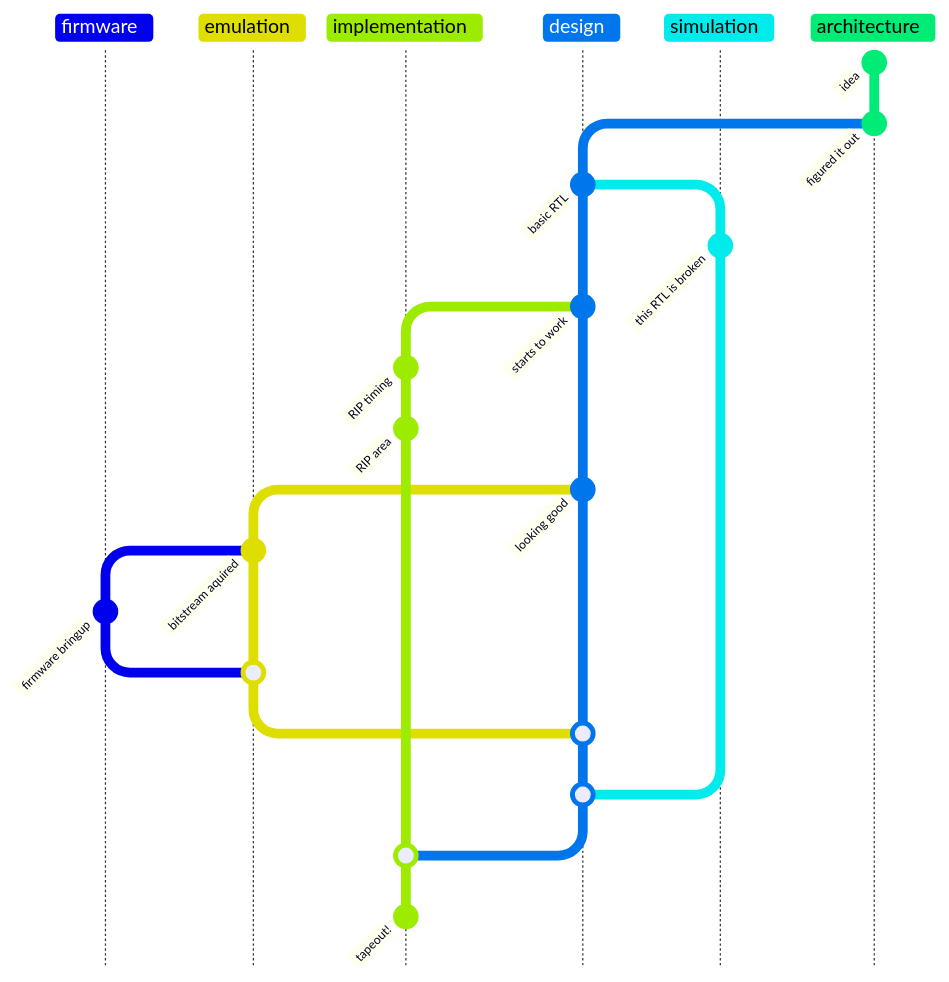
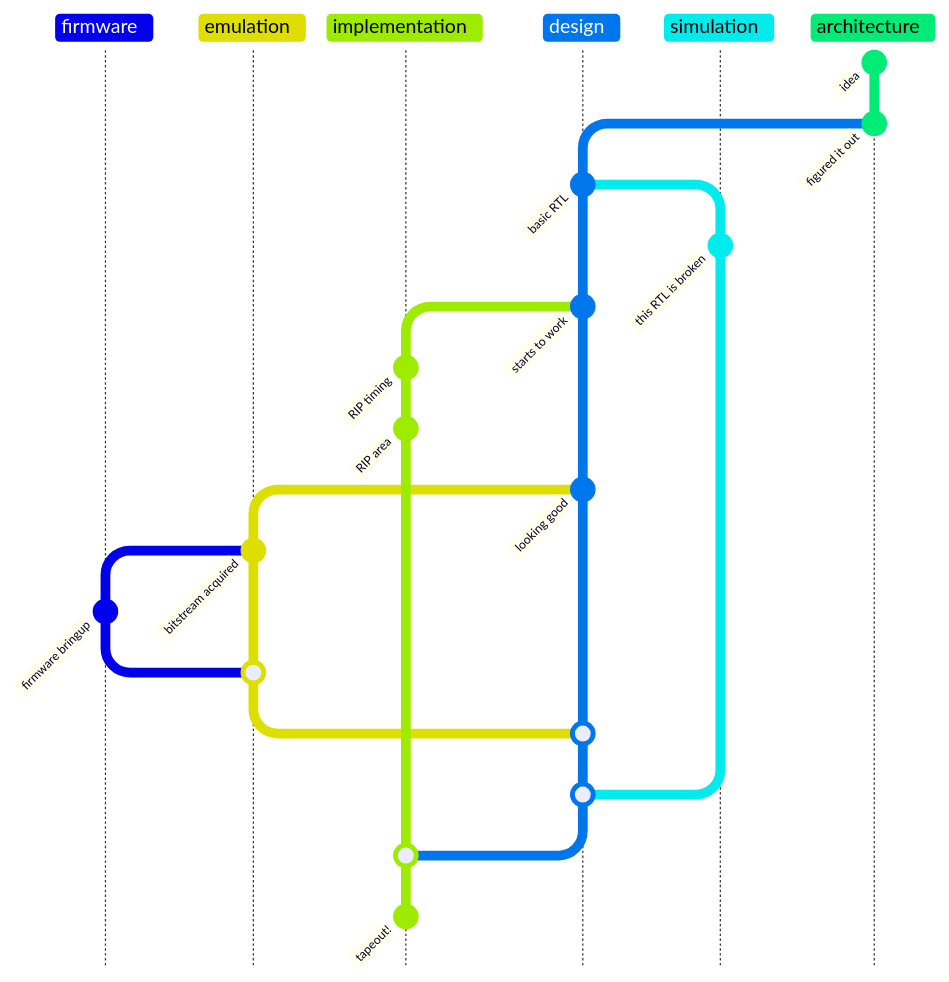
Before and after one commit to goatgate/goatgate.github.io: the diagram in content/projects/Two_weeks_until_tapeout/index.md, drawn with Mermaid.

```diff
--- a/content/projects/Two_weeks_until_tapeout/index.md
+++ b/content/projects/Two_weeks_until_tapeout/index.md
@@ -88,41 +88,41 @@
 {{< mermaid >}}
 ---
 config:
   logLevel: 'debug'
   theme: 'default'
   gitGraph:
     showBranches: true
     mainBranchName: 'architecture'
     mainBranchOrder: 6
 ---
       gitGraph TB:
         commit id: "idea "
         commit id: "figured it out "
         branch design order: 4
         checkout design
         commit id: 'basic RTL '
         branch simulation  order: 5
         checkout simulation 
         commit id: 'this RTL is broken '
         checkout design 
         commit id: 'starts to work '
         branch implementation  order: 3
         checkout implementation
         commit id: 'RIP timing '
         commit id: 'RIP area '
         checkout design
         commit id: 'looking good '
         branch emulation  order: 2
         checkout emulation
-        commit id: 'bitstream aquired '
+        commit id: 'bitstream acquired '
         branch firmware
         commit id: 'firmware bringup '
         checkout emulation
         merge firmware
         checkout design
         merge emulation
         merge simulation
         checkout implementation
         merge design
         commit id: 'tapeout! '
 {{< /mermaid >}}
```
